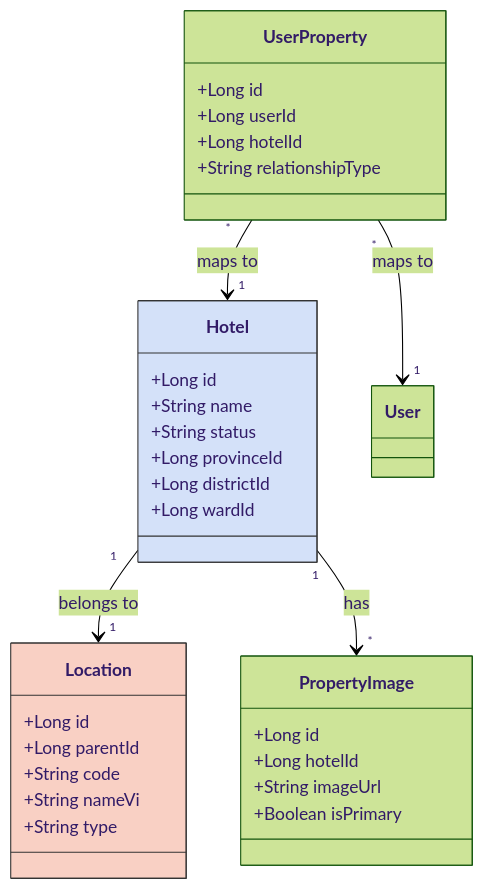
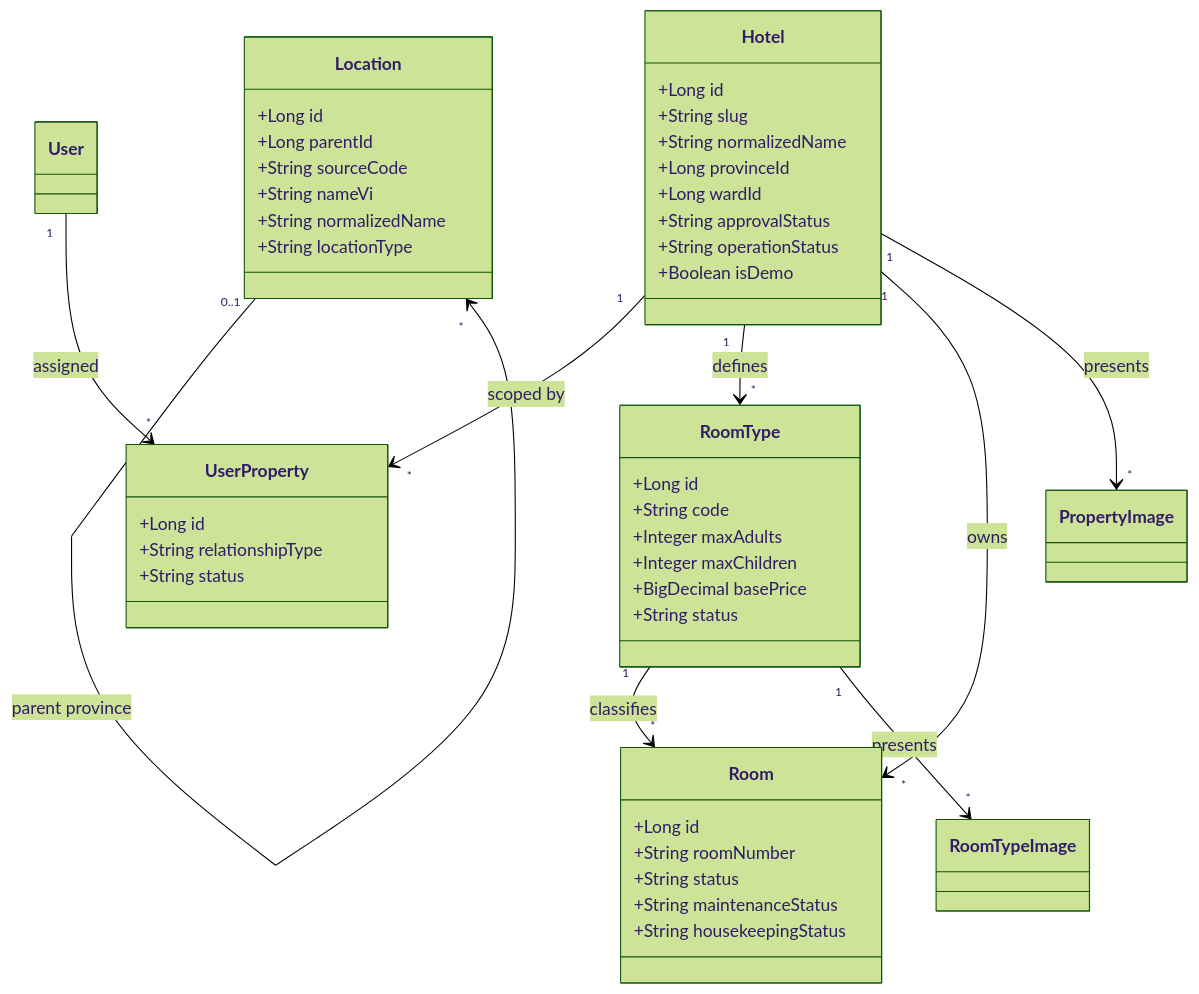
Before and after one commit to GinNgo/He-thong-quan-ly-khach-san: the fifth of 22 diagrams in docs/UML.md, drawn with Mermaid (forest theme). The commit also changed other lines of this file and 335 other files, not shown here.

Commit message:
docs: update documentation, architecture reports and specs

````diff
--- a/docs/UML.md
+++ b/docs/UML.md
@@ -150,41 +204,52 @@
 ```mermaid
 classDiagram
     class Location {
         +Long id
         +Long parentId
-        +String code
+        +String sourceCode
         +String nameVi
-        +String type
+        +String normalizedName
+        +String locationType
     }
-    
     class Hotel {
         +Long id
-        +String name
-        +String status
+        +String slug
+        +String normalizedName
         +Long provinceId
-        +Long districtId
         +Long wardId
+        +String approvalStatus
+        +String operationStatus
+        +Boolean isDemo
     }
-    
     class UserProperty {
         +Long id
-        +Long userId
-        +Long hotelId
         +String relationshipType
+        +String status
     }
-    
-    class PropertyImage {
+    class RoomType {
         +Long id
-        +Long hotelId
-        +String imageUrl
-        +Boolean isPrimary
+        +String code
+        +Integer maxAdults
+        +Integer maxChildren
+        +BigDecimal basePrice
+        +String status
     }
-    
-    Hotel "1" --> "1" Location : belongs to
-    Hotel "1" --> "*" PropertyImage : has
-    UserProperty "*" --> "1" Hotel : maps to
-    UserProperty "*" --> "1" User : maps to
-    
-    style Hotel fill:#d4e1f9,stroke:#333
-    style Location fill:#f9d0c4,stroke:#333
+    class Room {
+        +Long id
+        +String roomNumber
+        +String status
+        +String maintenanceStatus
+        +String housekeepingStatus
+    }
+    class PropertyImage
+    class RoomTypeImage
+
+    Location "0..1" --> "*" Location : parent province
+    Hotel "1" --> "*" UserProperty : scoped by
+    User "1" --> "*" UserProperty : assigned
+    Hotel "1" --> "*" RoomType : defines
+    Hotel "1" --> "*" Room : owns
+    RoomType "1" --> "*" Room : classifies
+    Hotel "1" --> "*" PropertyImage : presents
+    RoomType "1" --> "*" RoomTypeImage : presents
 ```
````
